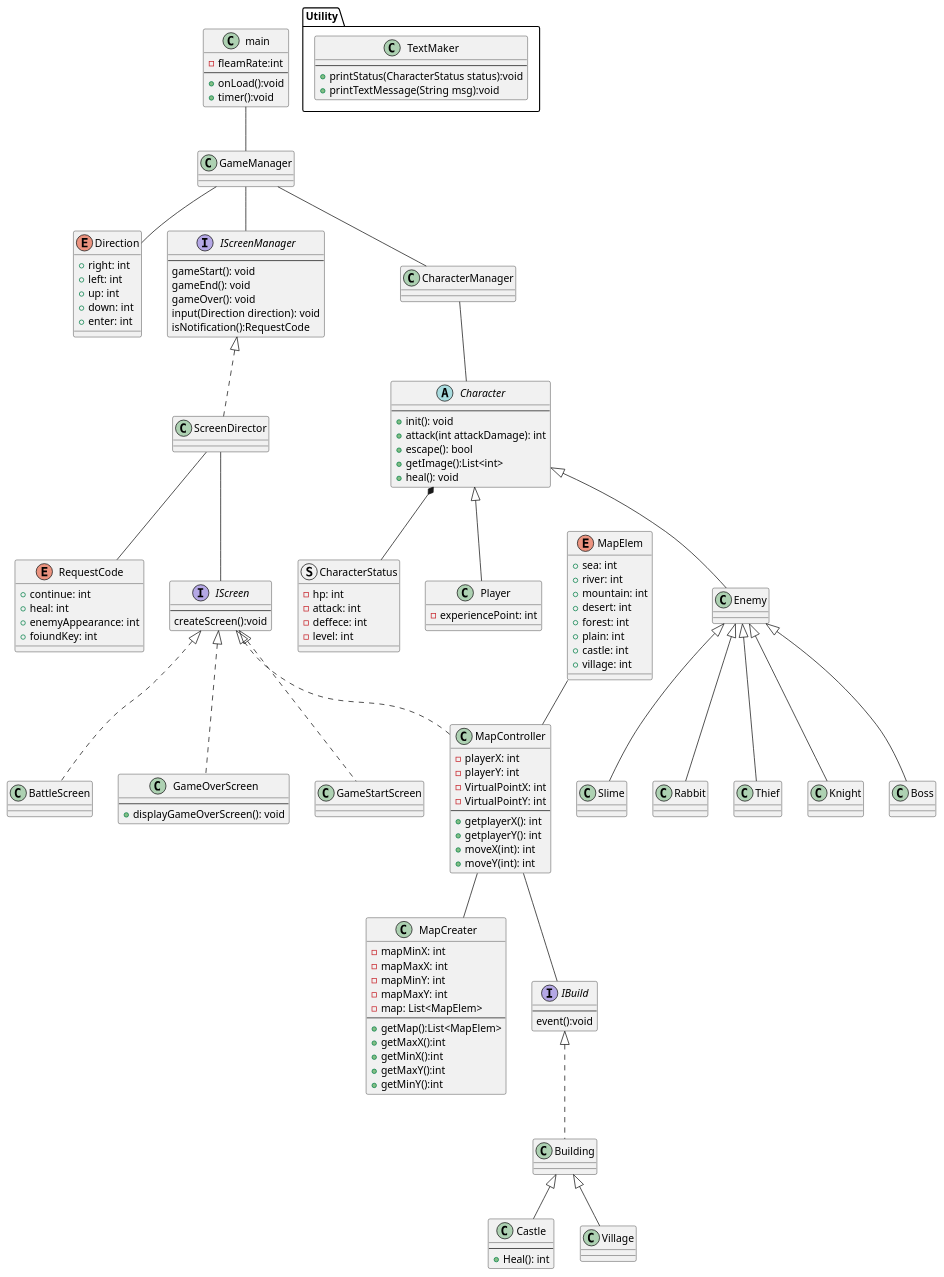
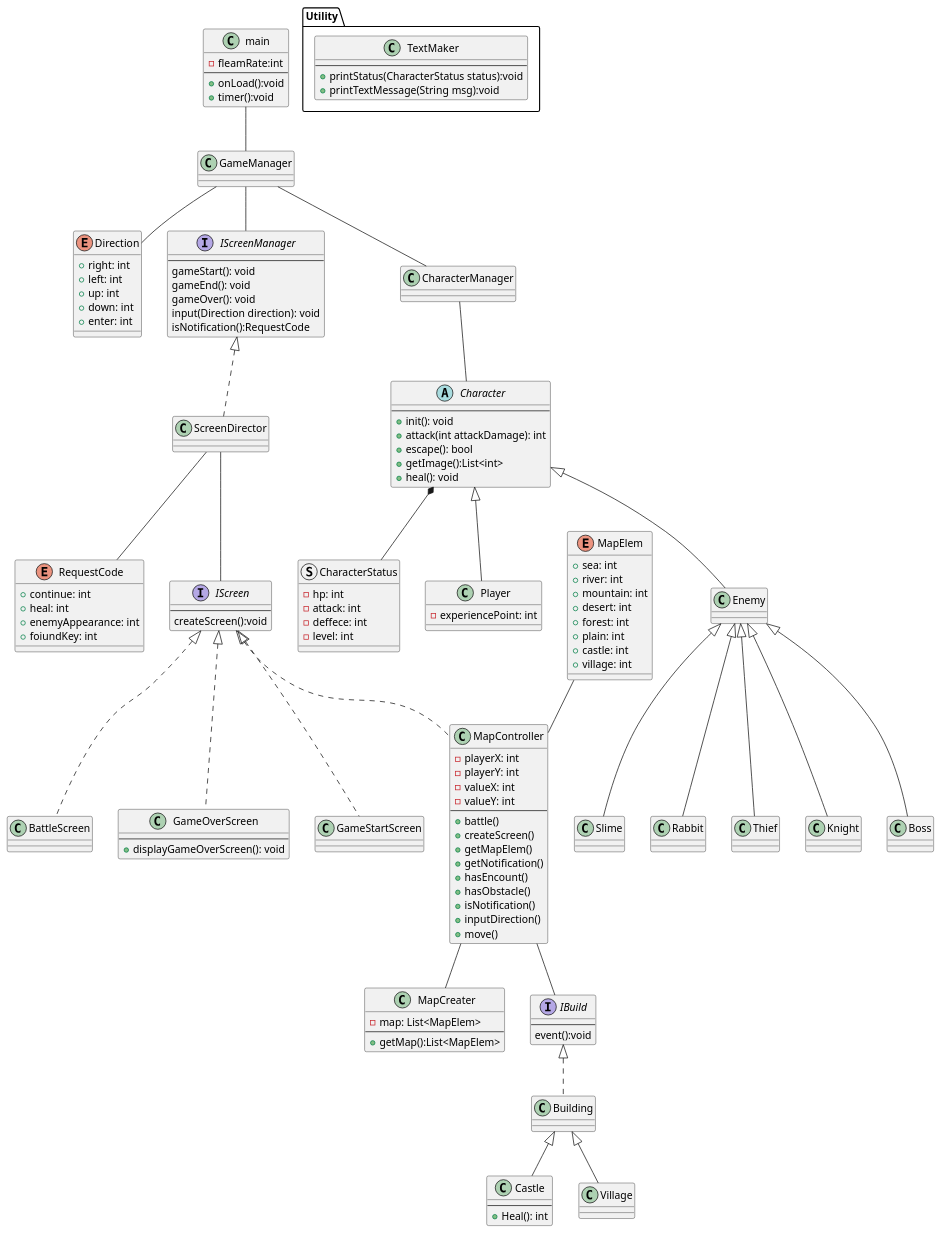
Before and after one commit to yudai19990419/ScriptGame2D: the diagram in design/class_design.pu, drawn with PlantUML. The commit also changed 6 other files, not shown here.

```diff
--- a/design/class_design.pu
+++ b/design/class_design.pu
@@ -47,27 +47,24 @@
 class MapController {
     -playerX: int
     -playerY: int
-    -VirtualPointX: int
-    -VirtualPointY: int
+    -valueX: int 
+    -valueY: int 
     --
-    +getplayerX(): int
-    +getplayerY(): int
-    +moveX(int): int
-    +moveY(int): int  
+    +battle()
+    +createScreen()
+    +getMapElem()
+    +getNotification()
+    +hasEncount()
+    +hasObstacle()
+    +isNotification()
+    +inputDirection()
+    +move() 
 }
 
 class MapCreater {
-    -mapMinX: int
-    -mapMaxX: int
-    -mapMinY: int
-    -mapMaxY: int  
     -map: List<MapElem>
     --
     +getMap():List<MapElem>
-    +getMaxX():int
-    +getMinX():int
-    +getMaxY():int
-    +getMinY():int
 }
 
 enum MapElem {
```
